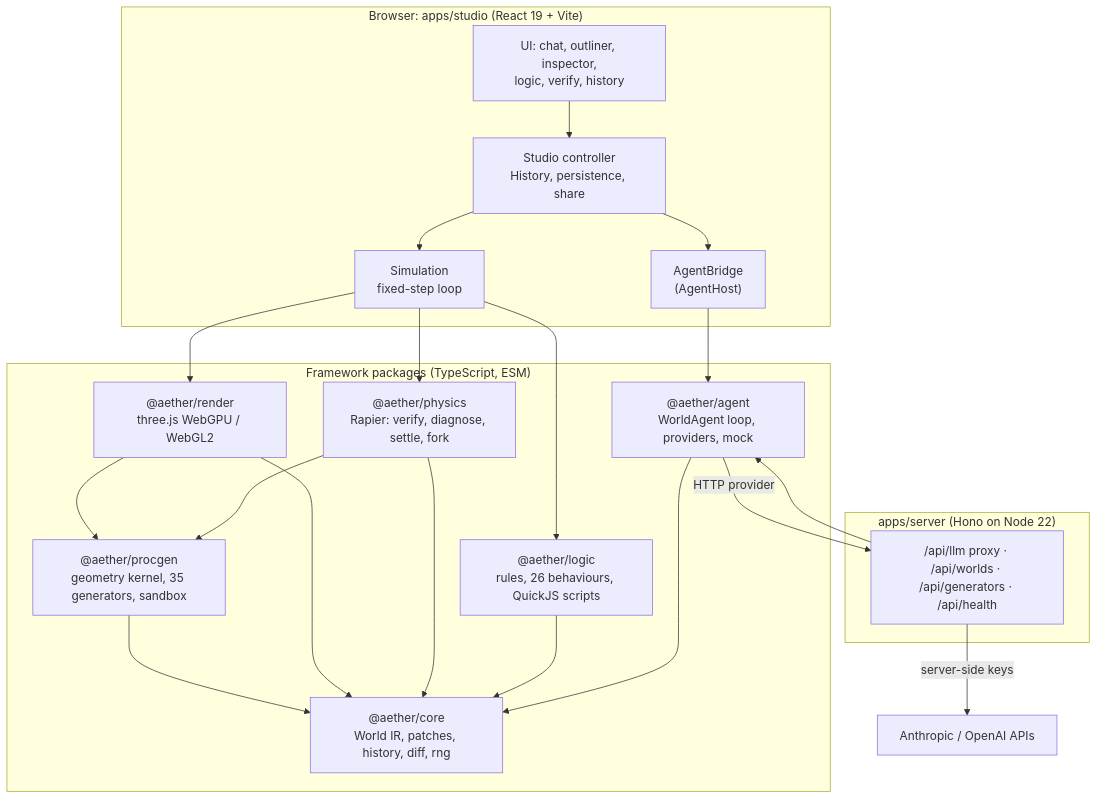
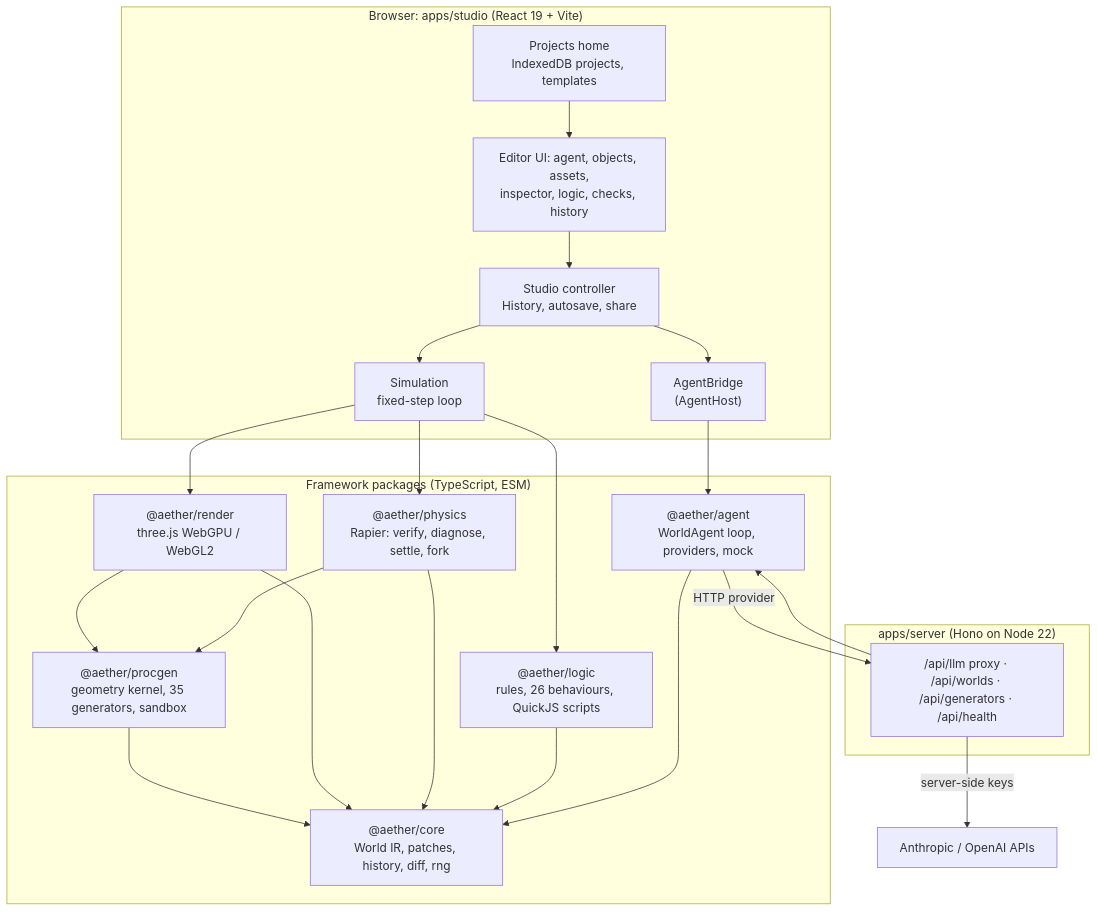
Before and after one commit to StarAtNyte/aether: the second of 2 diagrams in README.md, drawn with Mermaid. The commit also changed other lines of this file and 26 other files, not shown here.

````diff
--- a/README.md
+++ b/README.md
@@ -240,37 +268,39 @@
 ```mermaid
 flowchart TB
     subgraph Browser["Browser: apps/studio (React 19 + Vite)"]
-        UI["UI: chat, outliner, inspector,<br/>logic, verify, history"]
-        ST["Studio controller<br/>History, persistence, share"]
+        HOME["Projects home<br/>IndexedDB projects, templates"]
+        UI["Editor UI: agent, objects, assets,<br/>inspector, logic, checks, history"]
+        ST["Studio controller<br/>History, autosave, share"]
+        HOME --> UI
         SIM["Simulation<br/>fixed-step loop"]
         AB["AgentBridge<br/>(AgentHost)"]
         UI --> ST --> SIM
         ST --> AB
     end
 
     subgraph Packages["Framework packages (TypeScript, ESM)"]
         CORE["@aether/core<br/>World IR, patches, history, diff, rng"]
         PROC["@aether/procgen<br/>geometry kernel, 35 generators, sandbox"]
         PHYS["@aether/physics<br/>Rapier: verify, diagnose, settle, fork"]
         LOGIC["@aether/logic<br/>rules, 26 behaviours, QuickJS scripts"]
         REND["@aether/render<br/>three.js WebGPU / WebGL2"]
         AGENT["@aether/agent<br/>WorldAgent loop, providers, mock"]
     end
 
     subgraph Server["apps/server (Hono on Node 22)"]
         API["/api/llm proxy · /api/worlds · /api/generators · /api/health"]
     end
 
     SIM --> REND & PHYS & LOGIC
     AB --> AGENT
     AGENT -->|HTTP provider| API
     API -->|server-side keys| LLM["Anthropic / OpenAI APIs"]
     REND --> PROC
     PHYS --> PROC
     PROC --> CORE
     REND --> CORE
     PHYS --> CORE
     LOGIC --> CORE
     AGENT --> CORE
     API --> AGENT
 ```
````
